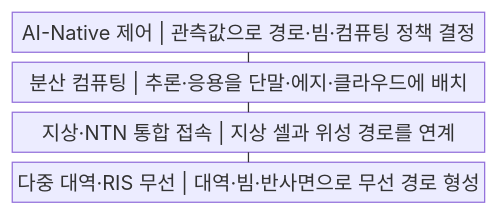
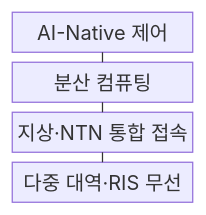
One commit to agnusdei1207/knowledge-base changed the first of 2 diagrams in src/content/docs/notes/04-network/042_6g_technologies.md. Above: the diagram before and after it, drawn with Mermaid. The commit also changed 122 other files, not shown here.

````diff
--- a/src/content/docs/notes/04-network/042_6g_technologies.md
+++ b/src/content/docs/notes/04-network/042_6g_technologies.md
@@ -56,11 +56,11 @@
 ```mermaid
-block
+block-beta
     columns 1
-    A["AI-Native 제어 | 관측값으로 경로·빔·컴퓨팅 정책 결정"]
-    B["분산 컴퓨팅 | 추론·응용을 단말·에지·클라우드에 배치"]
-    C["지상·NTN 통합 접속 | 지상 셀과 위성 경로를 연계"]
-    D["다중 대역·RIS 무선 | 대역·빔·반사면으로 무선 경로 형성"]
+    A["AI-Native 제어"]
+    B["분산 컴퓨팅"]
+    C["지상·NTN 통합 접속"]
+    D["다중 대역·RIS 무선"]
     A --- B
     B --- C
     C --- D
 ```
````
